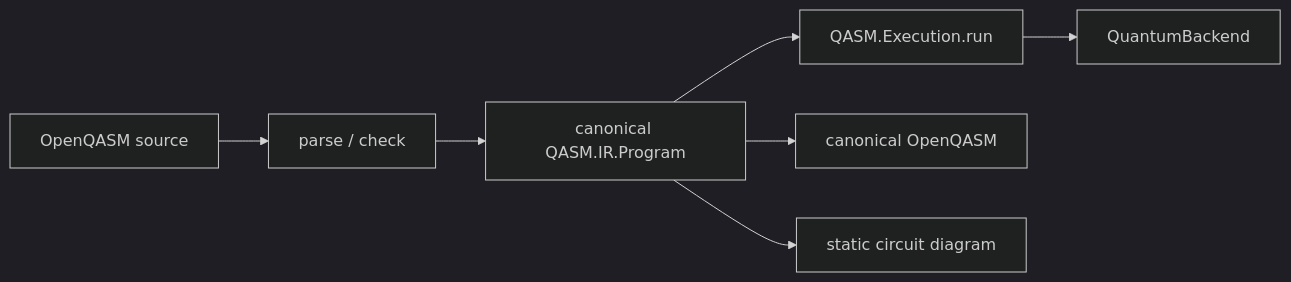
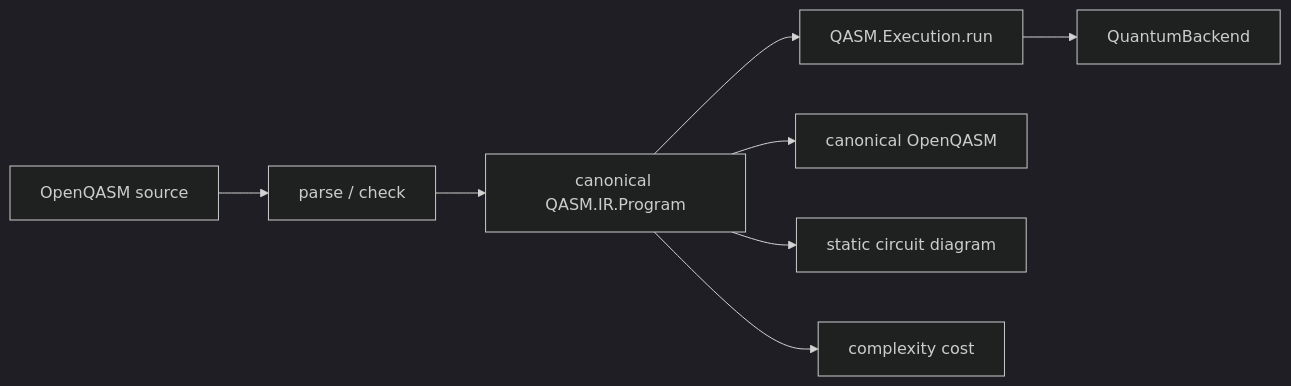
One commit to tani/lean-qasm changed the diagram in README.md. Above: the diagram before and after it, drawn with Mermaid (dark theme). The commit also changed other lines of this file and 4 other files, not shown here.

Commit message:
Add complexity cost monad

````diff
--- a/README.md
+++ b/README.md
@@ -8,9 +8,10 @@
 ```mermaid
 flowchart LR
     Source["OpenQASM source"] --> Frontend["parse / check"]
     Frontend --> IR["canonical QASM.IR.Program"]
     IR --> Execute["QASM.Execution.run"]
     Execute --> Backend["QuantumBackend"]
     IR --> Emit["canonical OpenQASM"]
     IR --> Diagram["static circuit diagram"]
+    IR --> Cost["complexity cost"]
 ```
````
